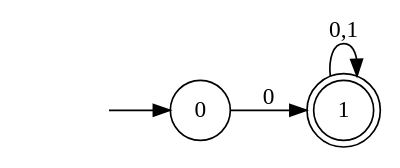
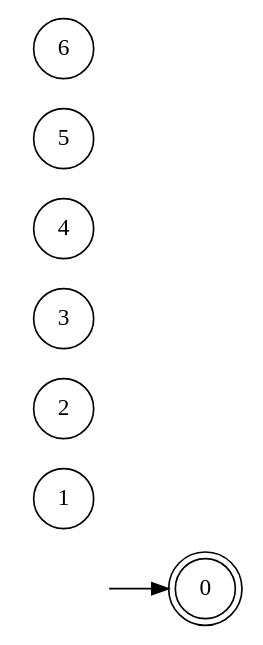
Before and after one commit to Umato/computer_practices: the diagram in NFA/NFA1.gv, drawn with Graphviz. The commit also changed 5 other files, not shown here.

```diff
--- a/NFA/NFA1.gv
+++ b/NFA/NFA1.gv
@@ -1,9 +1,14 @@
-digraph finite_state_machine{
+digraph finite_state_machine {
 	rankdir=LR;
-	node [shape = doublecircle]; 1;
+	node [shape = doublecircle]; 0;
 	node [shape = circle];
 	init [shape=none, label=""];
 	init -> 0;
-	0 -> 1 [label = "0"];
-	1 -> 1 [label = "0,1"];
+	0 [label="0"];
+	1 [label="1"];
+	2 [label="2"];
+	3 [label="3"];
+	4 [label="4"];
+	5 [label="5"];
+	6 [label="6"];
 }
```
